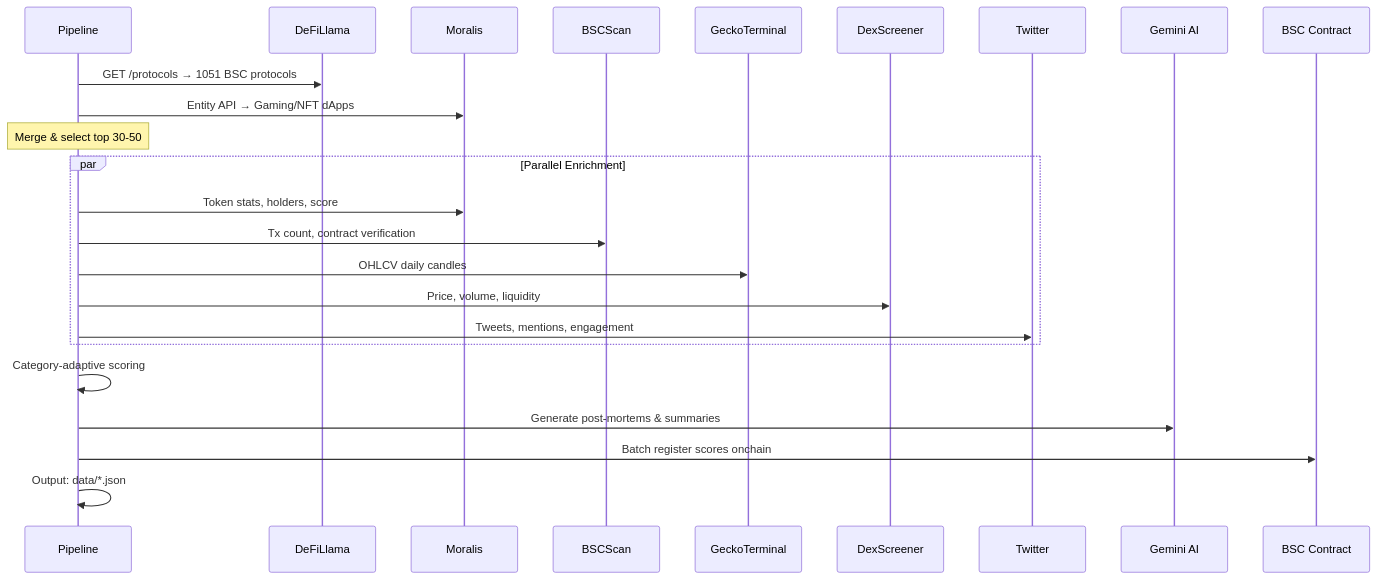
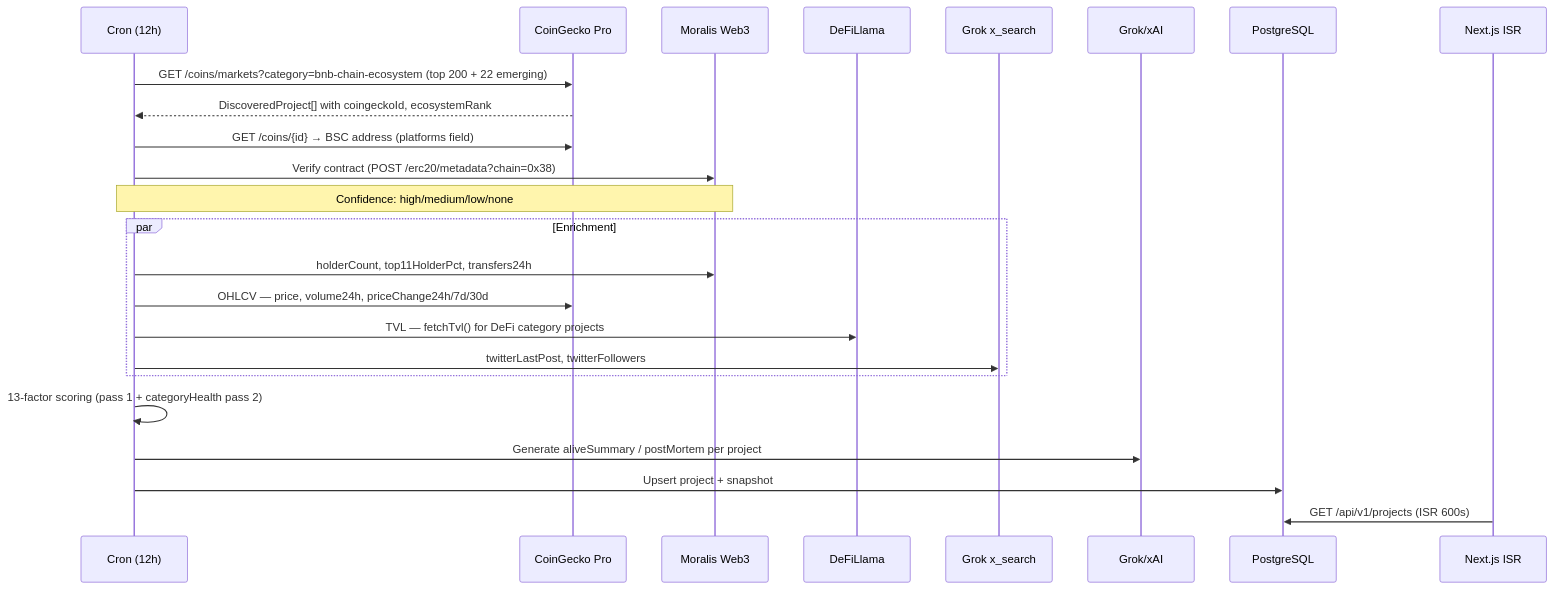
Before and after one commit to izestylusx/ShipOrSkip: the second of 3 diagrams in docs/TECHNICAL.md, drawn with Mermaid. The commit also changed other lines of this file and 117 other files, not shown here.

````diff
--- a/docs/TECHNICAL.md
+++ b/docs/TECHNICAL.md
@@ -62,29 +106,29 @@
 ```mermaid
 sequenceDiagram
-    participant P as Pipeline
+    participant C as Cron (12h)
+    participant CGK as CoinGecko Pro
+    participant MO as Moralis Web3
     participant DL as DeFiLlama
-    participant MO as Moralis
-    participant BS as BSCScan
-    participant GT as GeckoTerminal
-    participant DS as DexScreener
-    participant TW as Twitter
-    participant AI as Gemini AI
-    participant SC as BSC Contract
+    participant TW as Grok x_search
+    participant AI as Grok/xAI
+    participant DB as PostgreSQL
+    participant FE as Next.js ISR
 
-    P->>DL: GET /protocols → 1051 BSC protocols
-    P->>MO: Entity API → Gaming/NFT dApps
-    Note over P: Merge & select top 30-50
+    C->>CGK: GET /coins/markets?category=bnb-chain-ecosystem (top 200 + 22 emerging)
+    CGK-->>C: DiscoveredProject[] with coingeckoId, ecosystemRank
+    C->>CGK: GET /coins/{id} → BSC address (platforms field)
+    C->>MO: Verify contract (POST /erc20/metadata?chain=0x38)
+    Note over C,MO: Confidence: high/medium/low/none
 
-    par Parallel Enrichment
-        P->>MO: Token stats, holders, score
-        P->>BS: Tx count, contract verification
-        P->>GT: OHLCV daily candles
-        P->>DS: Price, volume, liquidity
-        P->>TW: Tweets, mentions, engagement
+    par Enrichment
+        C->>MO: holderCount, top11HolderPct, transfers24h
+        C->>CGK: OHLCV — price, volume24h, priceChange24h/7d/30d
+        C->>DL: TVL — fetchTvl() for DeFi category projects
+        C->>TW: twitterLastPost, twitterFollowers
     end
 
-    P->>P: Category-adaptive scoring
-    P->>AI: Generate post-mortems & summaries
-    P->>SC: Batch register scores onchain
-    P->>P: Output: data/*.json
+    C->>C: 13-factor scoring (pass 1 + categoryHealth pass 2)
+    C->>AI: Generate aliveSummary / postMortem per project
+    C->>DB: Upsert project + snapshot
+    FE->>DB: GET /api/v1/projects (ISR 600s)
 ```
````
